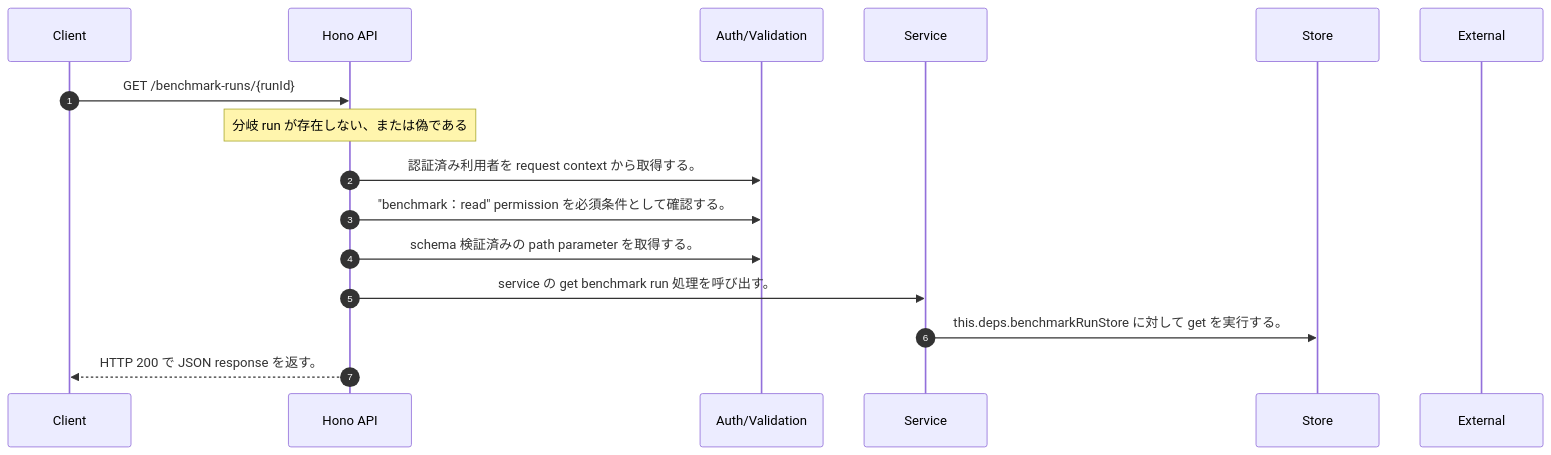
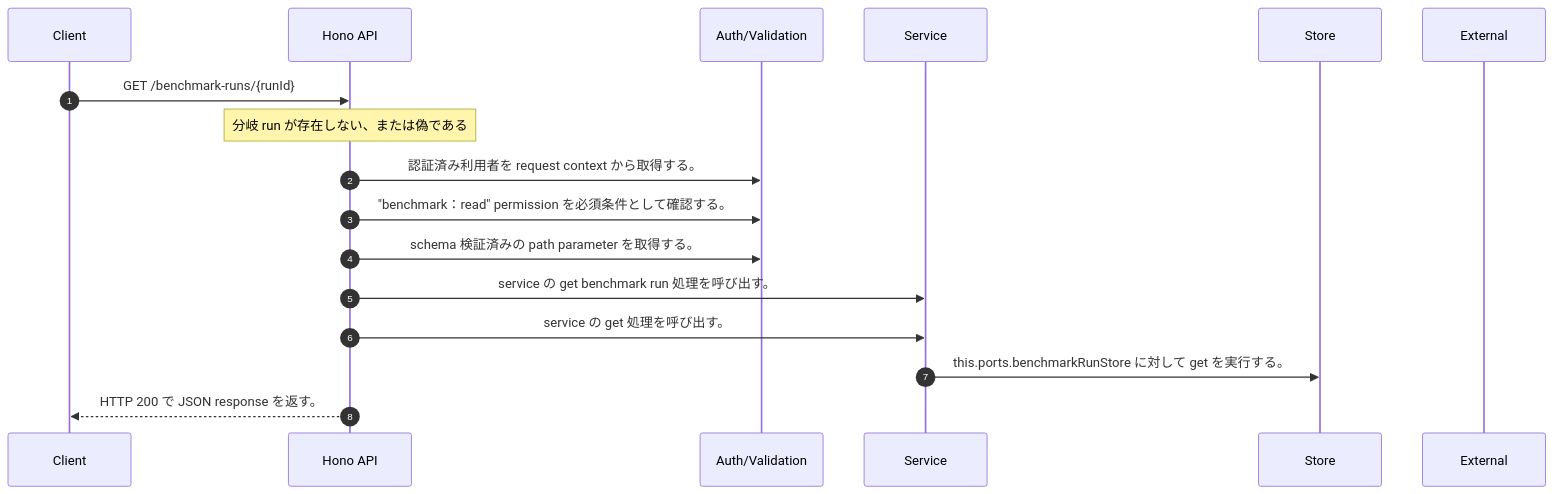
Before and after one commit to tsuji-tomonori/rag-assist: the diagram in docs/generated/api-code/get-benchmark-runs-runid/sequence_gen.md, drawn with Mermaid. The commit also changed other lines of this file and 304 other files, not shown here.

Commit message:
♻️ refactor(benchmark): run query を narrow port へ分離

````diff
--- a/docs/generated/api-code/get-benchmark-runs-runid/sequence_gen.md
+++ b/docs/generated/api-code/get-benchmark-runs-runid/sequence_gen.md
@@ -7,18 +7,19 @@
 ```mermaid
 sequenceDiagram
   autonumber
   participant Client as Client
   participant API as Hono API
   participant Auth as Auth/Validation
   participant Service as Service
   participant Store as Store
   participant External as External
   Client->>API: GET /benchmark-runs/{runId}
   Note over API: 分岐 run が存在しない、または偽である
   API->>Auth: 認証済み利用者を request context から取得する。
   API->>Auth: "benchmark：read" permission を必須条件として確認する。
   API->>Auth: schema 検証済みの path parameter を取得する。
   API->>Service: service の get benchmark run 処理を呼び出す。
-  Service->>Store: this.deps.benchmarkRunStore に対して get を実行する。
+  API->>Service: service の get 処理を呼び出す。
+  Service->>Store: this.ports.benchmarkRunStore に対して get を実行する。
   API-->>Client: HTTP 200 で JSON response を返す。
 ```
````
